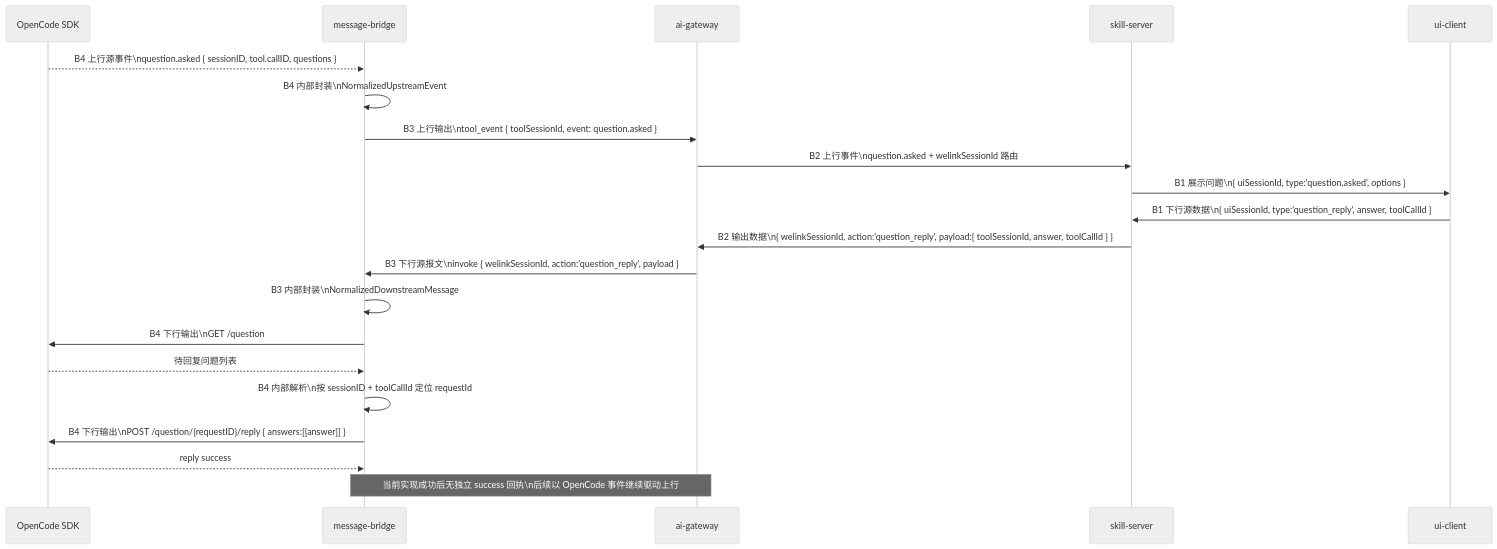
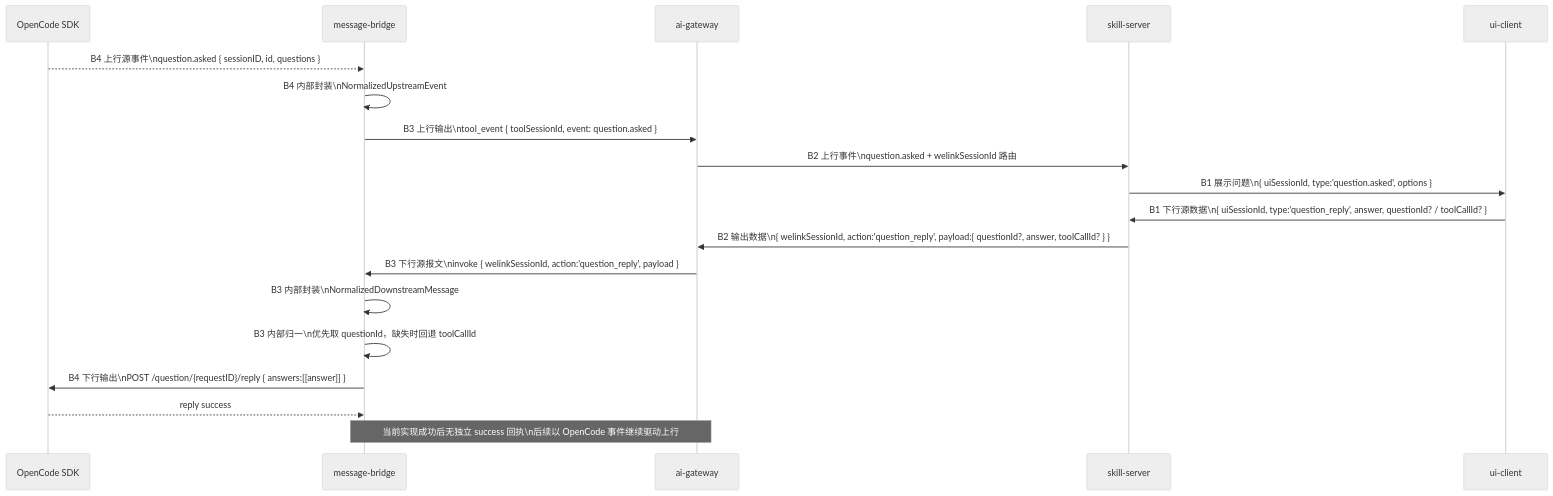
One commit to yuzhangCZ/agent-plugin changed the sixth of 6 diagrams in plugins/message-bridge/docs/design/interfaces/end-to-end-message-flow.md. Above: the diagram before and after it, drawn with Mermaid (neutral theme). The commit also changed other lines of this file and 22 other files, not shown here.

Commit message:
feat: 收敛 question reply 兼容字段口径

````diff
--- a/plugins/message-bridge/docs/design/interfaces/end-to-end-message-flow.md
+++ b/plugins/message-bridge/docs/design/interfaces/end-to-end-message-flow.md
@@ -1002,25 +1004,23 @@
 ```mermaid
 sequenceDiagram
   participant SDK as OpenCode SDK
   participant BRIDGE as message-bridge
   participant GW as ai-gateway
   participant SKILL as skill-server
   participant UI as ui-client
 
-  SDK-->>BRIDGE: B4 上行源事件\nquestion.asked { sessionID, tool.callID, questions }
+  SDK-->>BRIDGE: B4 上行源事件\nquestion.asked { sessionID, id, questions }
   BRIDGE->>BRIDGE: B4 内部封装\nNormalizedUpstreamEvent
   BRIDGE->>GW: B3 上行输出\ntool_event { toolSessionId, event: question.asked }
   GW->>SKILL: B2 上行事件\nquestion.asked + welinkSessionId 路由
   SKILL->>UI: B1 展示问题\n{ uiSessionId, type:'question.asked', options }
 
-  UI->>SKILL: B1 下行源数据\n{ uiSessionId, type:'question_reply', answer, toolCallId }
-  SKILL->>GW: B2 输出数据\n{ welinkSessionId, action:'question_reply', payload:{ toolSessionId, answer, toolCallId } }
+  UI->>SKILL: B1 下行源数据\n{ uiSessionId, type:'question_reply', answer, questionId? / toolCallId? }
+  SKILL->>GW: B2 输出数据\n{ welinkSessionId, action:'question_reply', payload:{ questionId?, answer, toolCallId? } }
   GW->>BRIDGE: B3 下行源报文\ninvoke { welinkSessionId, action:'question_reply', payload }
   BRIDGE->>BRIDGE: B3 内部封装\nNormalizedDownstreamMessage
-  BRIDGE->>SDK: B4 下行输出\nGET /question
-  SDK-->>BRIDGE: 待回复问题列表
-  BRIDGE->>BRIDGE: B4 内部解析\n按 sessionID + toolCallId 定位 requestId
+  BRIDGE->>BRIDGE: B3 内部归一\n优先取 questionId，缺失时回退 toolCallId
   BRIDGE->>SDK: B4 下行输出\nPOST /question/{requestID}/reply { answers:[[answer]] }
   SDK-->>BRIDGE: reply success
   Note over BRIDGE,GW: 当前实现成功后无独立 success 回执\n后续以 OpenCode 事件继续驱动上行
 ```
````
